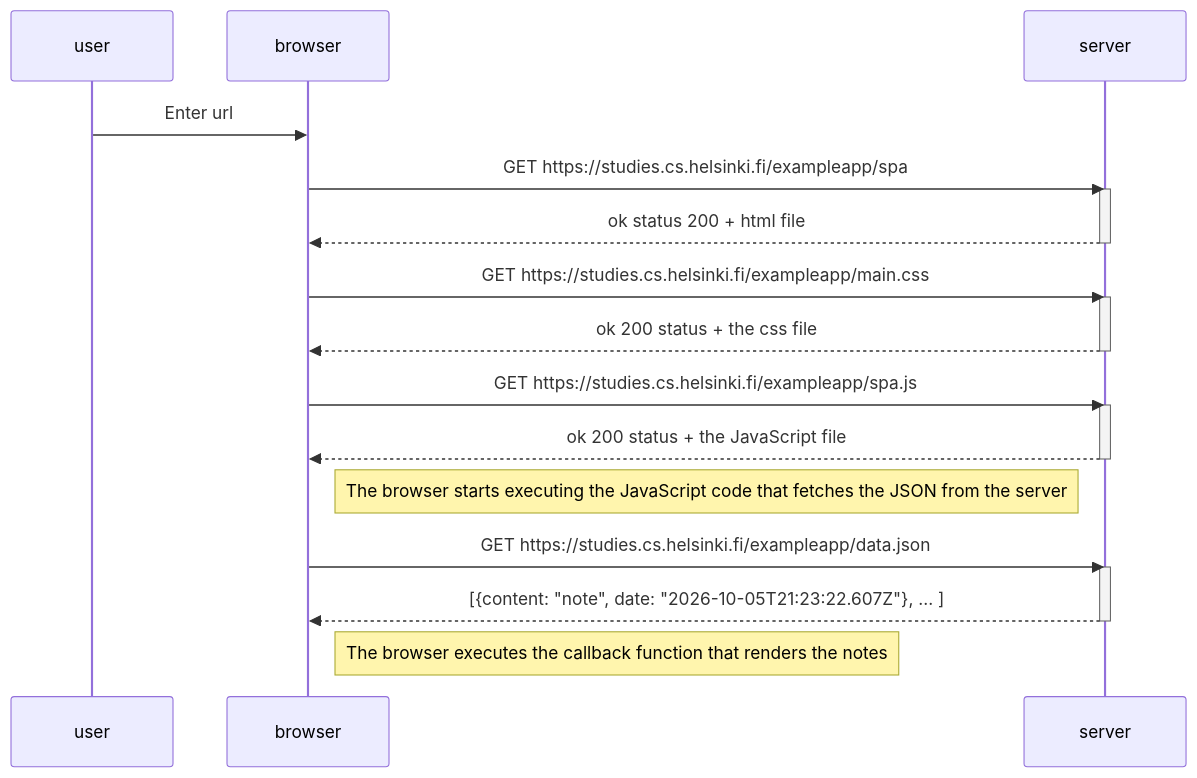
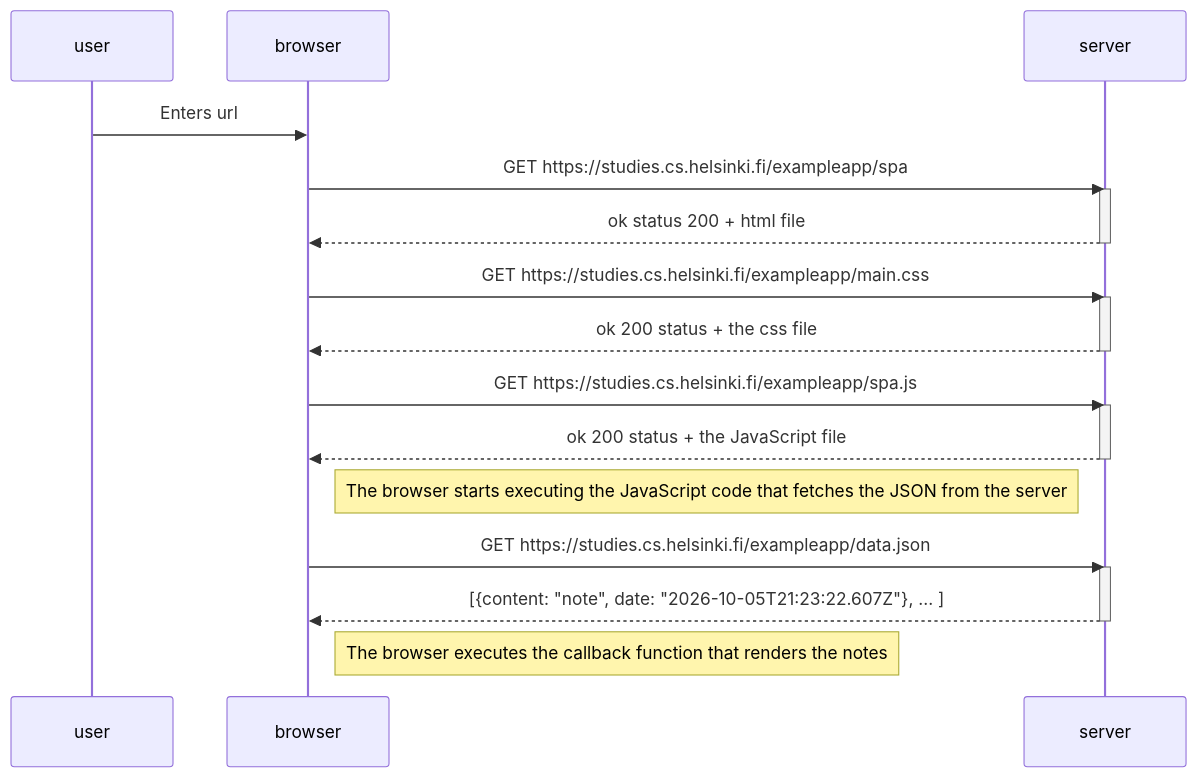
One commit to M-Tri/fullstack-submissions changed the diagram in part_0/single_page_app_diagram.md. Above: the diagram before and after it, drawn with Mermaid. The commit also changed 1 other file, not shown here.

Commit message:
fix: correct verb tense in sequence diagrams

````diff
--- a/part_0/single_page_app_diagram.md
+++ b/part_0/single_page_app_diagram.md
@@ -1,32 +1,32 @@
 ```mermaid
 sequenceDiagram
     participant user
     participant browser
     participant server
 
-    user ->> browser: Enter url
+    user ->> browser: Enters url
     
     browser->>server: GET https://studies.cs.helsinki.fi/exampleapp/spa
     activate server
     server-->>browser: ok status 200 + html file
     deactivate server
 
     browser->>server: GET https://studies.cs.helsinki.fi/exampleapp/main.css
     activate server
     server-->>browser: ok 200 status + the css file
     deactivate server
 
     browser->>server: GET https://studies.cs.helsinki.fi/exampleapp/spa.js
     activate server
     server-->>browser: ok 200 status + the JavaScript file
     deactivate server
 
     Note right of browser: The browser starts executing the JavaScript code that fetches the JSON from the server
 
     browser->>server: GET https://studies.cs.helsinki.fi/exampleapp/data.json
     activate server
     server-->>browser: [{content: "note", date: "2026-10-05T21:23:22.607Z"}, ... ]
     deactivate server
 
     Note right of browser: The browser executes the callback function that renders the notes
 ```
````
